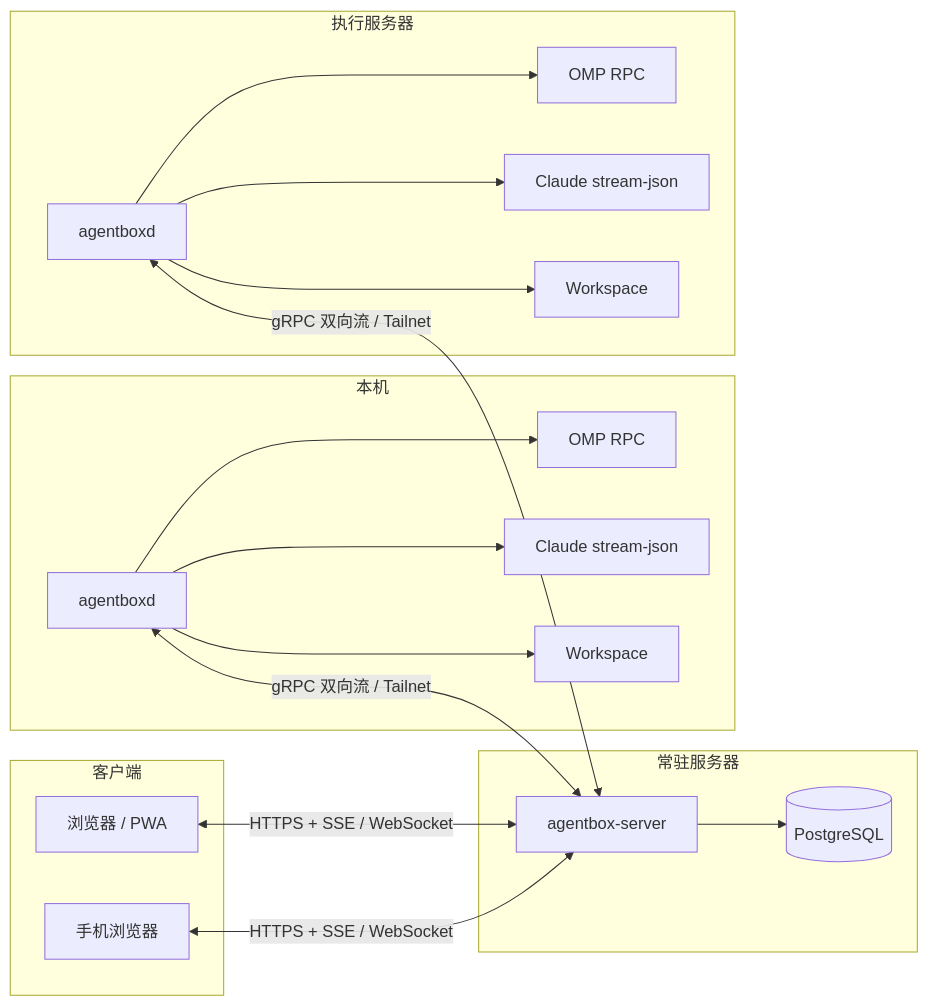
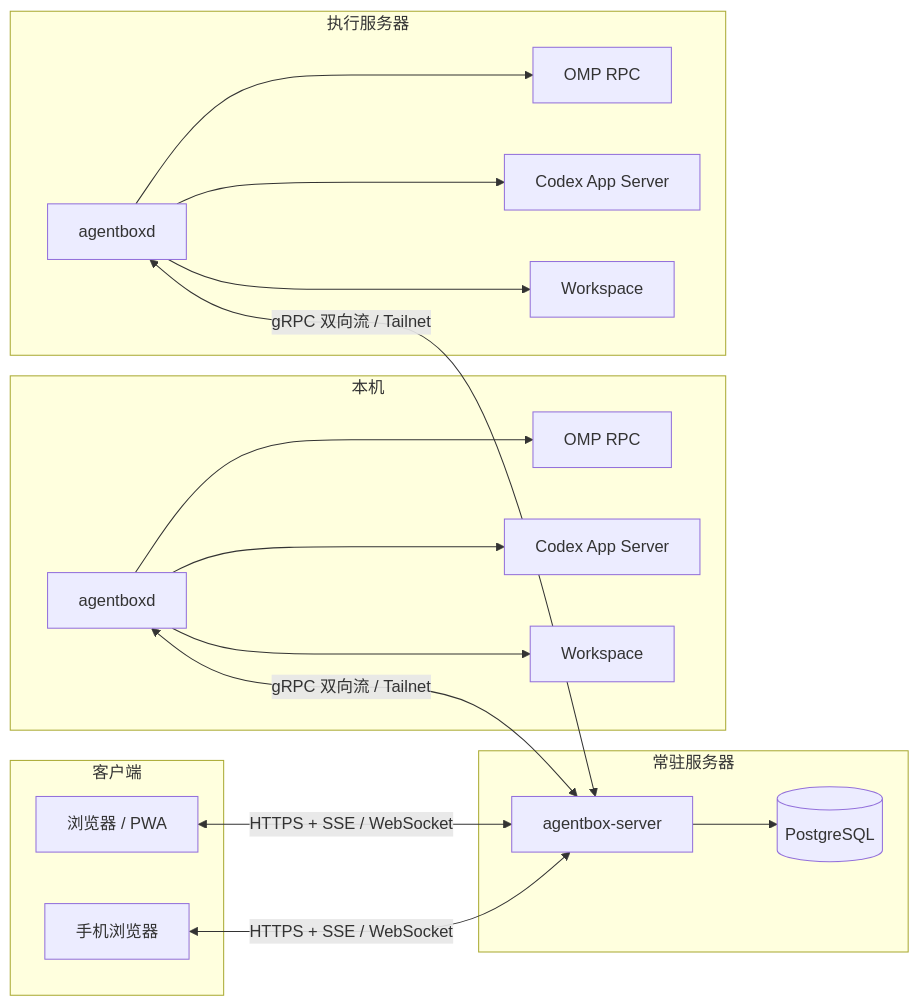
One commit to foolzzz/abox changed the first of 5 diagrams in docs/agent-box-technical-design.md. Above: the diagram before and after it, drawn with Mermaid. The commit also changed other lines of this file and 43 other files, not shown here.

````diff
--- a/docs/agent-box-technical-design.md
+++ b/docs/agent-box-technical-design.md
@@ -28,38 +28,38 @@
 ```mermaid
 flowchart LR
     subgraph Clients[客户端]
         Web[浏览器 / PWA]
         Mobile[手机浏览器]
     end
 
     subgraph Control[常驻服务器]
         Server[agentbox-server]
         DB[(PostgreSQL)]
     end
 
     subgraph HostA[本机]
         DaemonA[agentboxd]
         OMPA[OMP RPC]
-        ClaudeA[Claude stream-json]
+        CodexA[Codex App Server]
         WorkspaceA[Workspace]
     end
 
     subgraph HostB[执行服务器]
         DaemonB[agentboxd]
         OMPB[OMP RPC]
-        ClaudeB[Claude stream-json]
+        CodexB[Codex App Server]
         WorkspaceB[Workspace]
     end
 
     Web <-->|HTTPS + SSE / WebSocket| Server
     Mobile <-->|HTTPS + SSE / WebSocket| Server
     Server --> DB
     DaemonA <-->|gRPC 双向流 / Tailnet| Server
     DaemonB <-->|gRPC 双向流 / Tailnet| Server
     DaemonA --> OMPA
-    DaemonA --> ClaudeA
+    DaemonA --> CodexA
     DaemonA --> WorkspaceA
     DaemonB --> OMPB
-    DaemonB --> ClaudeB
+    DaemonB --> CodexB
     DaemonB --> WorkspaceB
 ```
````
